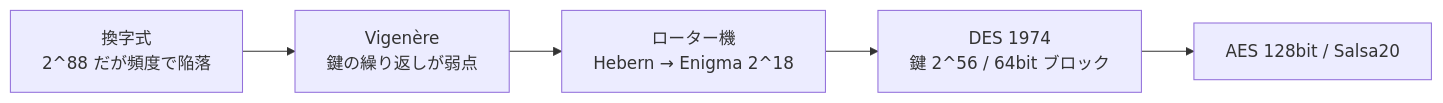
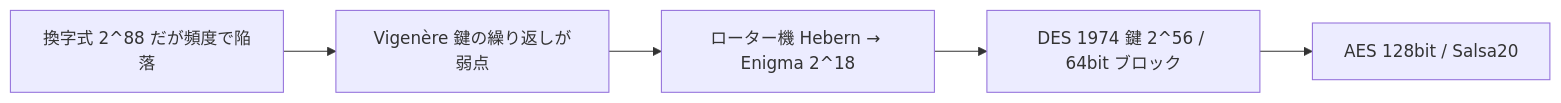
One commit to SomaTomita/sec-prep changed the diagram in courses/coursera-crypto1/01_introduction/03_history-of-ciphers.md. Above: the diagram before and after it, drawn with Mermaid. The commit also changed other lines of this file and 3 other files, not shown here.

````diff
--- a/courses/coursera-crypto1/01_introduction/03_history-of-ciphers.md
+++ b/courses/coursera-crypto1/01_introduction/03_history-of-ciphers.md
@@ -55,7 +26,7 @@
 ```mermaid
-graph LR
-    A["換字式<br/>2^88 だが頻度で陥落"] --> B["Vigenère<br/>鍵の繰り返しが弱点"]
-    B --> C["ローター機<br/>Hebern → Enigma 2^18"]
-    C --> D["DES 1974<br/>鍵 2^56 / 64bit ブロック"]
+flowchart LR
+    A["換字式 2^88 だが頻度で陥落"] --> B["Vigenère 鍵の繰り返しが弱点"]
+    B --> C["ローター機 Hebern → Enigma 2^18"]
+    C --> D["DES 1974 鍵 2^56 / 64bit ブロック"]
     D --> E["AES 128bit / Salsa20"]
 ```
````
